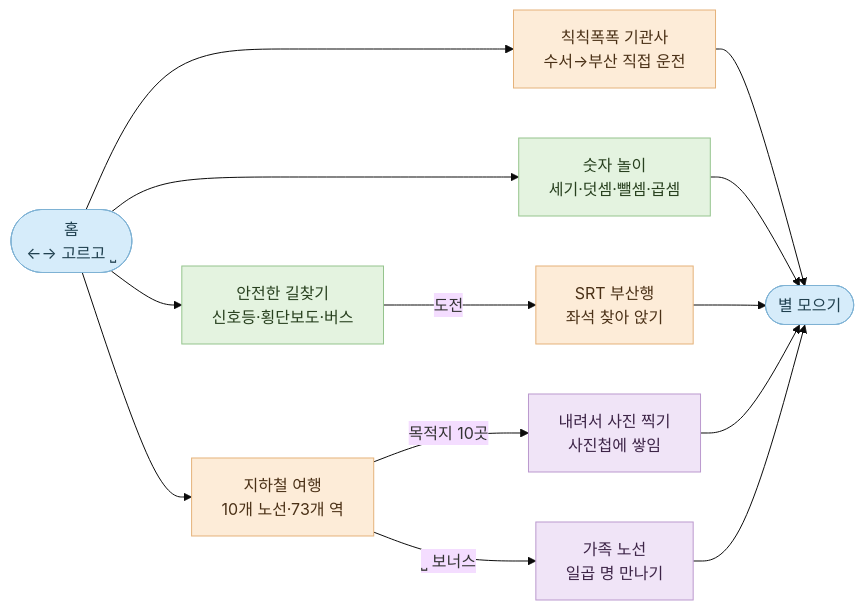
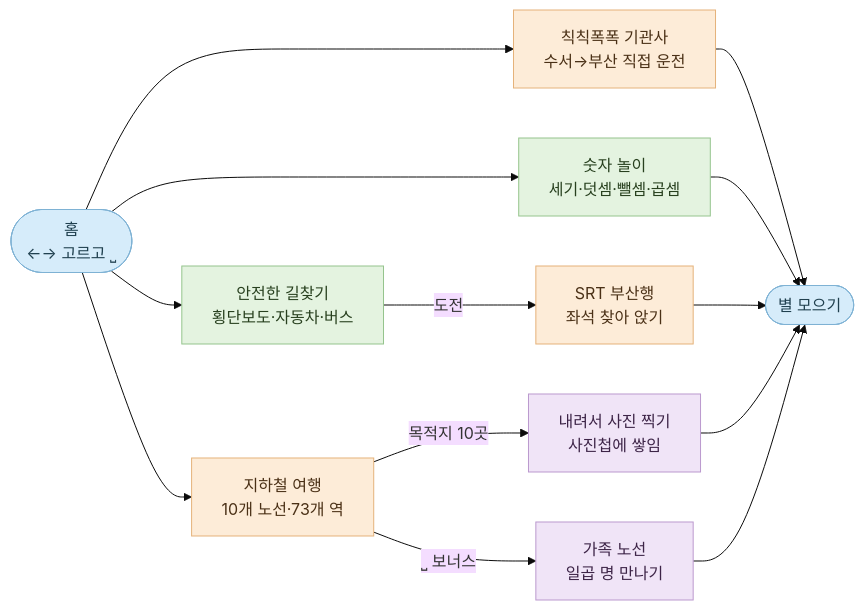
One commit to bliss-forge/numberblocks-minigame changed the diagram in README.md. Above: the diagram before and after it, drawn with Mermaid (base theme). The commit also changed other lines of this file and 4 other files, not shown here.

````diff
--- a/README.md
+++ b/README.md
@@ -62,24 +62,24 @@
 ```mermaid
 flowchart LR
     home([홈<br/>←→ 고르고 ⎵]) --> math[숫자 놀이<br/>세기·덧셈·뺄셈·곱셈]
-    home --> safety[안전한 길찾기<br/>신호등·횡단보도·버스]
+    home --> safety[안전한 길찾기<br/>횡단보도·자동차·버스]
     home --> subway[지하철 여행<br/>10개 노선·73개 역]
     home --> ktx[칙칙폭폭 기관사<br/>수서→부산 직접 운전]
     safety -->|도전| srt[SRT 부산행<br/>좌석 찾아 앉기]
     subway -->|목적지 10곳| photo[내려서 사진 찍기<br/>사진첩에 쌓임]
     subway -->|⎵ 보너스| family[가족 노선<br/>일곱 명 만나기]
     ktx --> star
     math --> star([별 모으기])
     srt --> star
     photo --> star
     family --> star
 
     classDef hub fill:#D6ECFA,stroke:#7FB2D4,color:#20404F
     classDef lesson fill:#E4F3E0,stroke:#95C48D,color:#28401F
     classDef ride fill:#FDECD8,stroke:#E5B27A,color:#4A3016
     classDef prize fill:#F0E4F7,stroke:#BB99CE,color:#3D2447
     class home,star hub
     class math,safety lesson
     class subway,srt,ktx ride
     class photo,family prize
 ```
````
